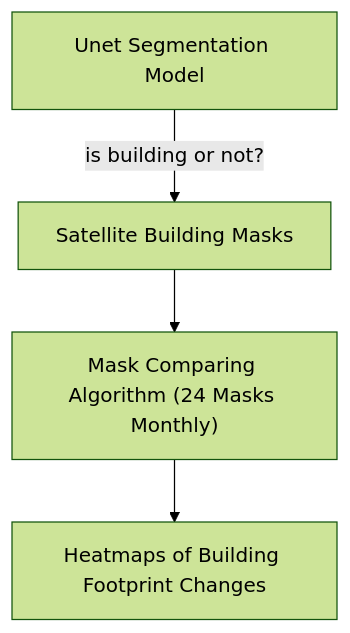
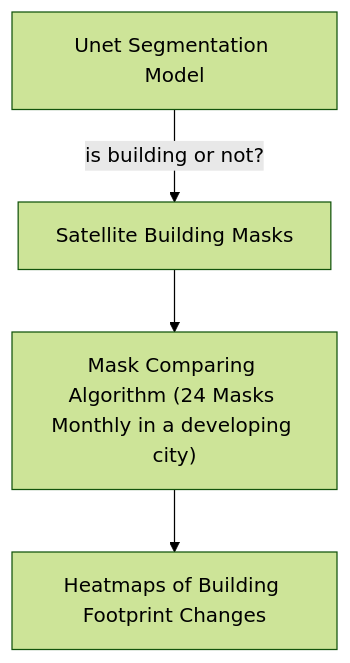
One commit to Zheng-Zhen/musa650-final changed the first of 2 diagrams in reports/preliminary-report.md. Above: the diagram before and after it, drawn with Mermaid (forest theme). The commit also changed other lines of this file and 1 other file, not shown here.

````diff
--- a/reports/preliminary-report.md
+++ b/reports/preliminary-report.md
@@ -19,8 +18,8 @@
 ```mermaid
 graph TB
 1[Unet Segmentation Model]
 2[Satellite Building Masks]
-3["Mask Comparing Algorithm (24 Masks Monthly)"]
+3["Mask Comparing Algorithm (24 Masks Monthly in a developing city)"]
 4[Heatmaps of Building Footprint Changes]
 1 --> |"is building or not?"|2 --> 3 --> 4
 ```
````
